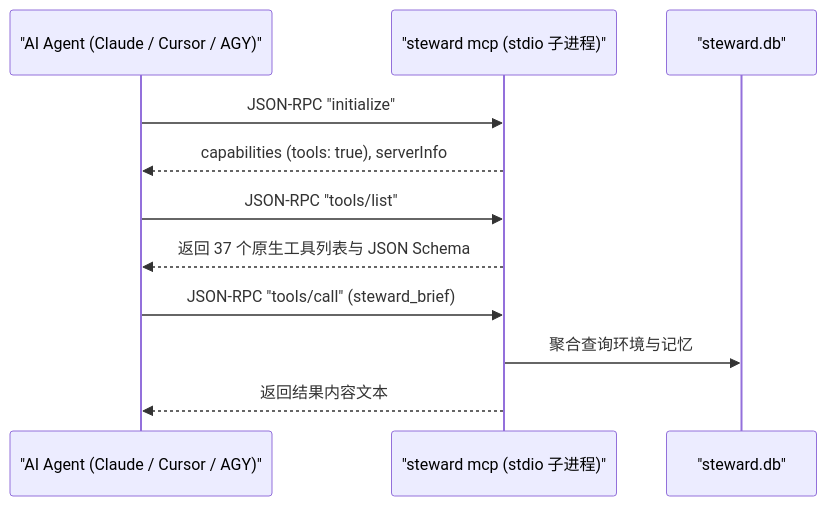
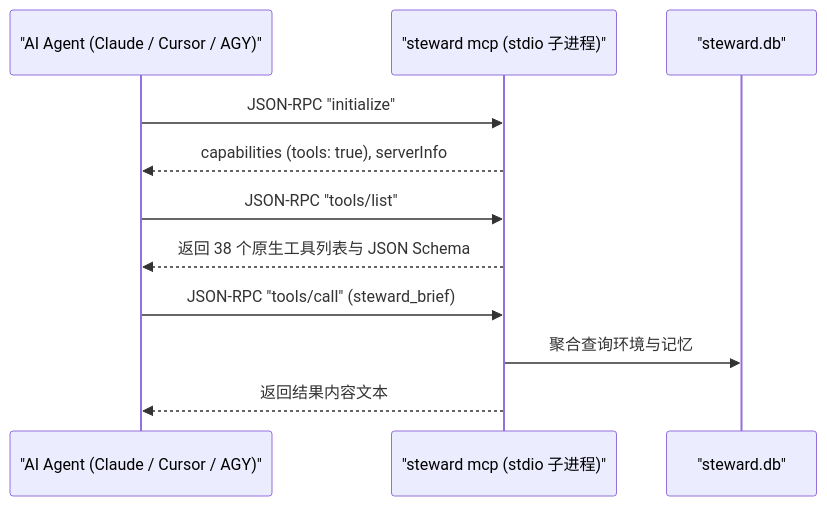
Before and after one commit to digoal/agent-body: the diagram in manual/04-mcp-integration.md, drawn with Mermaid. The commit also changed 29 other files, not shown here.

````diff
--- a/manual/04-mcp-integration.md
+++ b/manual/04-mcp-integration.md
@@ -11,14 +11,14 @@
 ```mermaid
 sequenceDiagram
     participant Agent as "AI Agent (Claude / Cursor / AGY)"
     participant Steward as "steward mcp (stdio 子进程)"
     participant SQLite as "steward.db"
 
     Agent->>Steward: JSON-RPC "initialize"
     Steward-->>Agent: capabilities (tools: true), serverInfo
     Agent->>Steward: JSON-RPC "tools/list"
-    Steward-->>Agent: 返回 37 个原生工具列表与 JSON Schema
+    Steward-->>Agent: 返回 38 个原生工具列表与 JSON Schema
     Agent->>Steward: JSON-RPC "tools/call" (steward_brief)
     Steward->>SQLite: 聚合查询环境与记忆
     Steward-->>Agent: 返回结果内容文本
 ```
````
